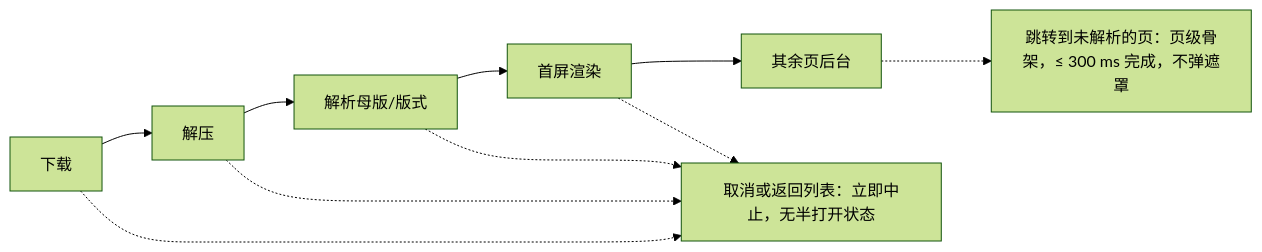
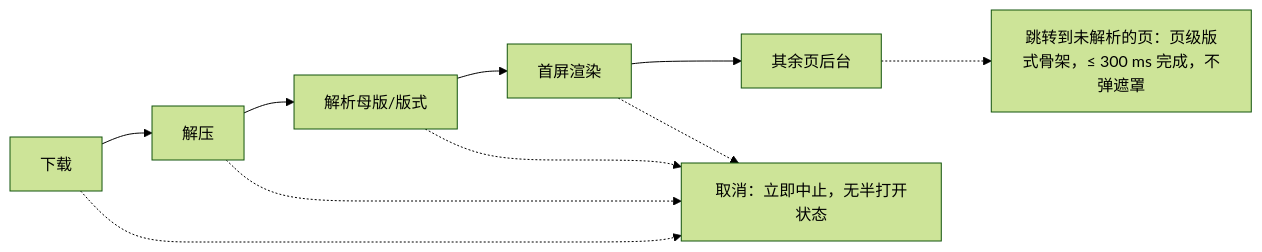
One commit to Xeonice/cordis-ppt-editor changed the first of 5 diagrams in docs/10-prd/07-design-coverage-and-gaps.md. Above: the diagram before and after it, drawn with Mermaid (forest theme). The commit also changed other lines of this file and 19 other files, not shown here.

````diff
--- a/docs/10-prd/07-design-coverage-and-gaps.md
+++ b/docs/10-prd/07-design-coverage-and-gaps.md
@@ -195,11 +228,11 @@
 ```mermaid
 flowchart LR
   s1["下载"] --> s2["解压"] --> s3["解析母版/版式"] --> s4["首屏渲染"] --> s5["其余页后台"]
-  cancel["取消或返回列表：立即中止，无半打开状态"]
-  jump["跳转到未解析的页：页级骨架，≤ 300 ms 完成，不弹遮罩"]
+  cancel["取消：立即中止，无半打开状态"]
+  jump["跳转到未解析的页：页级版式骨架，≤ 300 ms 完成，不弹遮罩"]
   s1 -.-> cancel
   s2 -.-> cancel
   s3 -.-> cancel
   s4 -.-> cancel
   s5 -.-> jump
 ```
````
